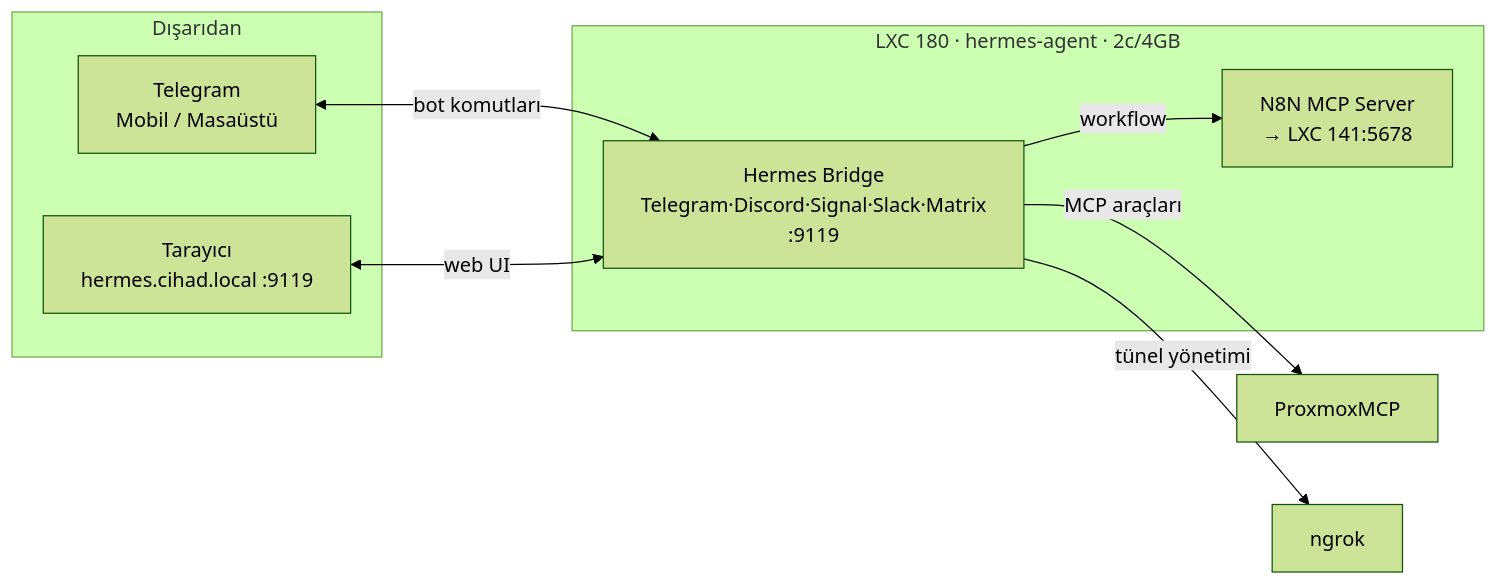
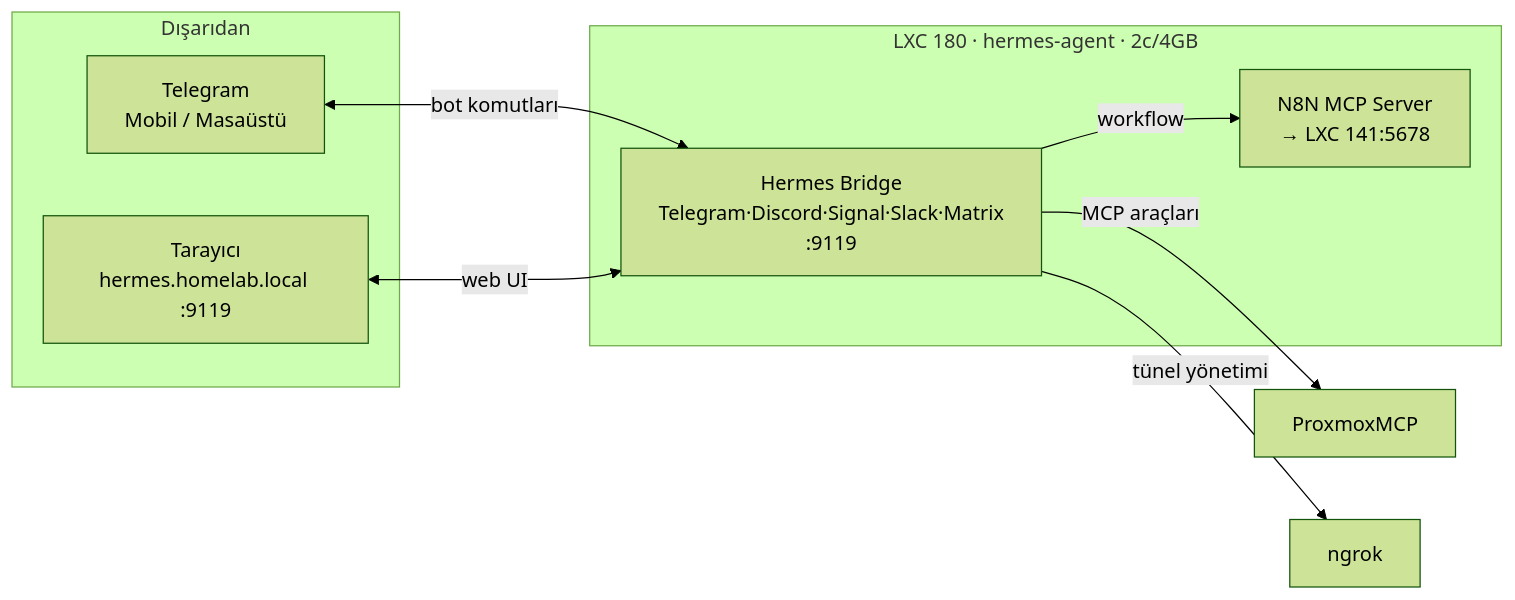
One commit to cihadkocasahan/ProxmoxHomeLab changed the third of 16 diagrams in DETAILS.md. Above: the diagram before and after it, drawn with Mermaid (forest theme). The commit also changed other lines of this file and 5 other files, not shown here.

Commit message:
refactor(docs): anonymize host environment to MyEnv and local domain to homelab.local

````diff
--- a/DETAILS.md
+++ b/DETAILS.md
@@ -180,18 +180,18 @@
 ```mermaid
 graph LR
     subgraph OUTSIDE["Dışarıdan"]
         TG_APP["Telegram\nMobil / Masaüstü"]
-        BROWSER["Tarayıcı\nhermes.cihad.local :9119"]
+        BROWSER["Tarayıcı\nhermes.homelab.local :9119"]
     end
 
     subgraph LXC180["LXC 180 · hermes-agent · 2c/4GB"]
         HRM["Hermes Bridge\nTelegram·Discord·Signal·Slack·Matrix\n:9119"]
         N8NMCP["N8N MCP Server\n→ LXC 141:5678"]
     end
 
     TG_APP <-->|bot komutları| HRM
     BROWSER <-->|web UI| HRM
     HRM -->|MCP araçları| MCPSRV["ProxmoxMCP"]
     HRM -->|workflow| N8NMCP
     HRM -->|tünel yönetimi| NGROK["ngrok"]
 ```
````
